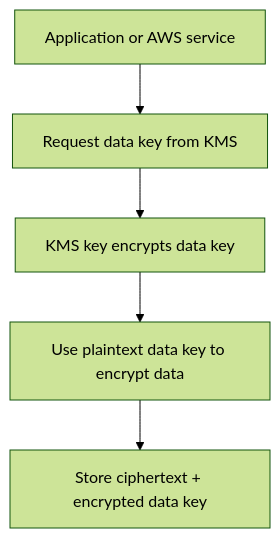
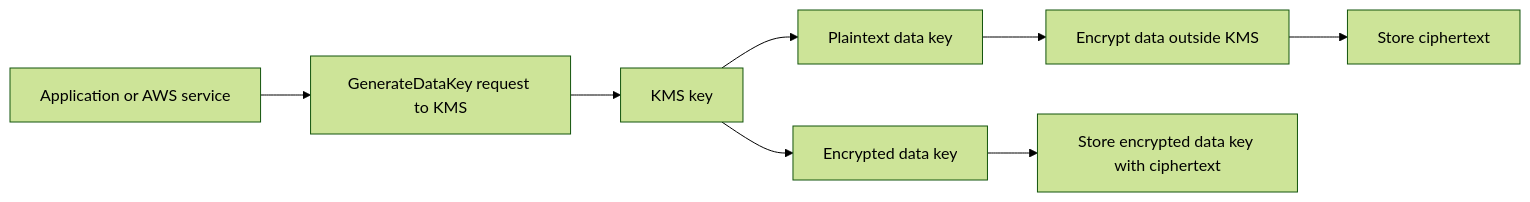
The diagram in 01 - Identity, Security, and Governance/KMS.md (rooneyviet/aws-learning-obsidian), drawn with Mermaid (forest theme) before and after one commit. The commit also changed 16 other files, not shown here.

Commit message:
update diagrams

````diff
--- a/01 - Identity, Security, and Governance/KMS.md
+++ b/01 - Identity, Security, and Governance/KMS.md
@@ -42,7 +42,10 @@
 ```mermaid
-flowchart TD
-    A[Application or AWS service] --> B[Request data key from KMS]
-    B --> C[KMS key encrypts data key]
-    C --> D[Use plaintext data key to encrypt data]
-    D --> E[Store ciphertext + encrypted data key]
+flowchart LR
+    A[Application or AWS service] --> B[GenerateDataKey request to KMS]
+    B --> C[KMS key]
+    C --> D[Plaintext data key]
+    C --> E[Encrypted data key]
+    D --> F[Encrypt data outside KMS]
+    F --> G[Store ciphertext]
+    E --> H[Store encrypted data key with ciphertext]
 ```
````
